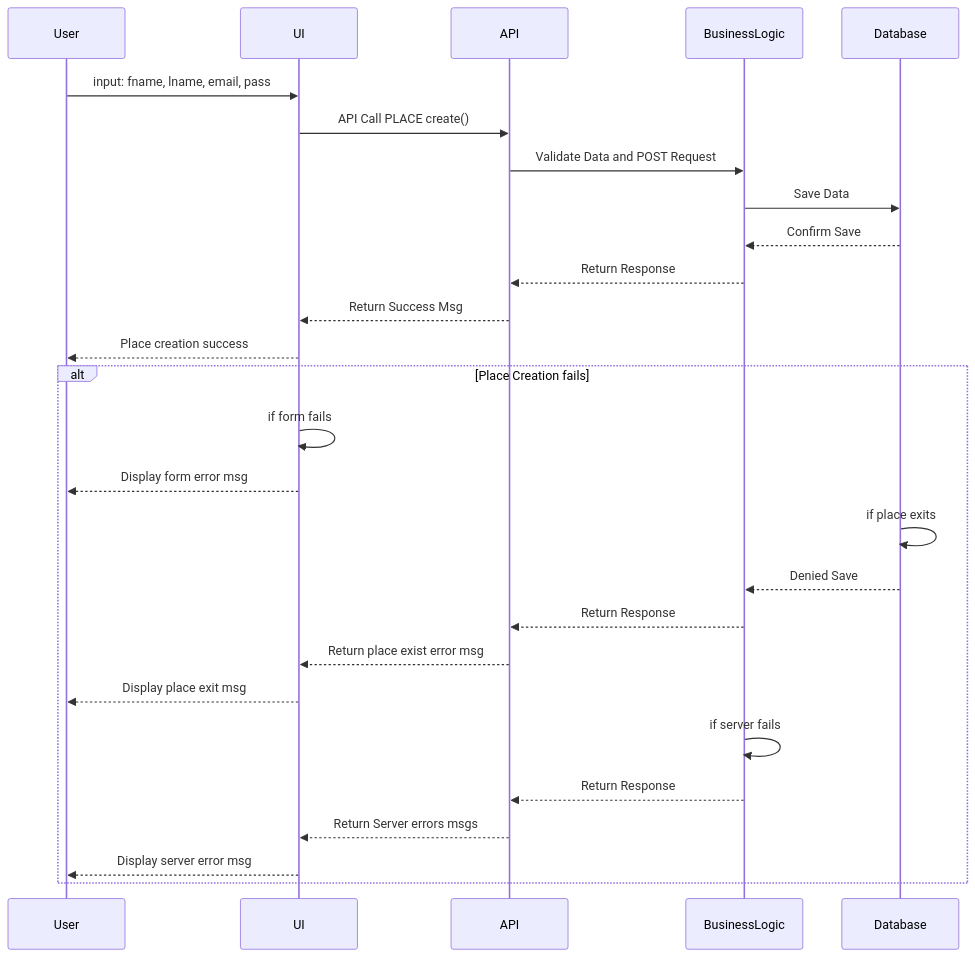
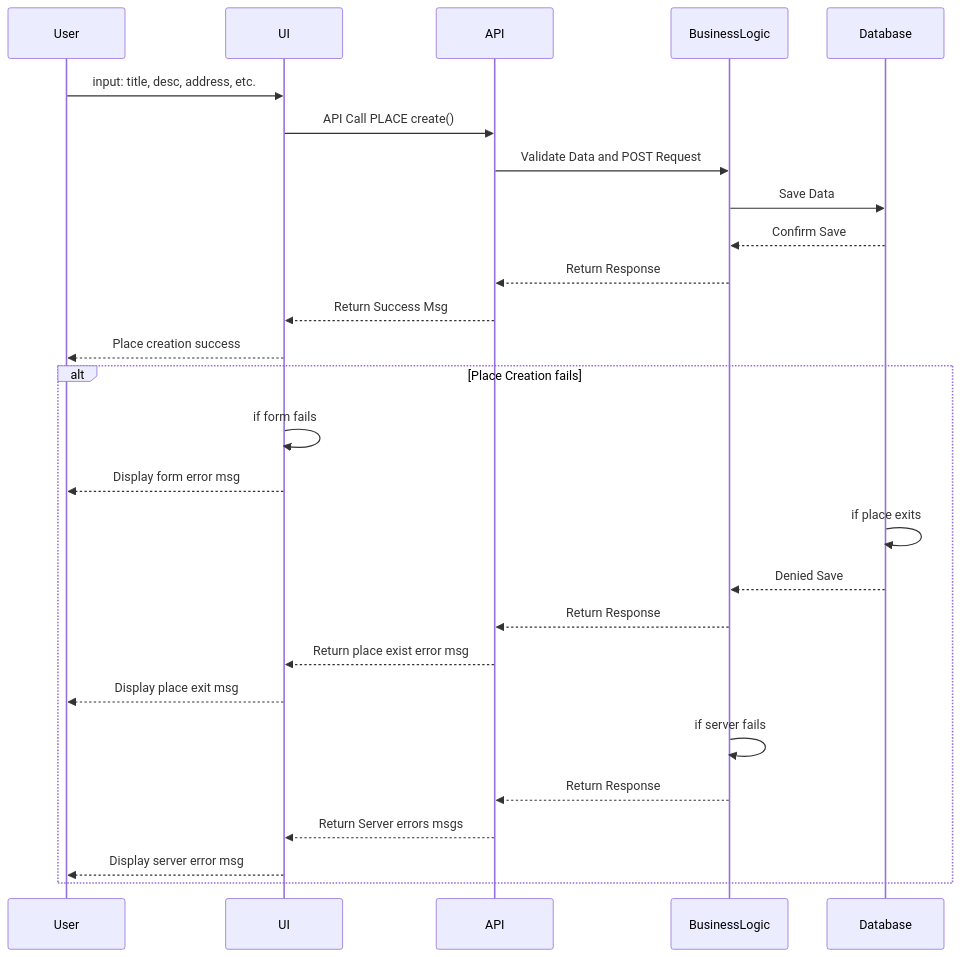
Before and after one commit to JulieRaph/holbertonschool-hbnb: the second of 4 diagrams in part_1/sequence_diagrams.md, drawn with Mermaid.

Commit message:
Fix alt flows

````diff
--- a/part_1/sequence_diagrams.md
+++ b/part_1/sequence_diagrams.md
@@ -40,30 +40,30 @@
 ```mermaid
 sequenceDiagram
   participant User as User
   participant UI as UI
   participant API as API
   participant BusinessLogic as BusinessLogic
   participant Database as Database
 
-  User ->> UI: input: fname, lname, email, pass
+  User ->> UI: input: title, desc, address, etc.
   UI ->> API: API Call PLACE create()
   API ->> BusinessLogic: Validate Data and POST Request
   BusinessLogic ->> Database: Save Data
   Database -->> BusinessLogic: Confirm Save
   BusinessLogic -->> API: Return Response
   API -->> UI: Return Success Msg
   UI -->> User: Place creation success
   alt Place Creation fails
     UI ->> UI: if form fails
     UI -->> User: Display form error msg
     Database ->> Database: if place exits
     Database -->> BusinessLogic: Denied Save
     BusinessLogic -->> API: Return Response
     API -->> UI: Return place exist error msg
     UI -->> User: Display place exit msg
     BusinessLogic ->> BusinessLogic: if server fails
     BusinessLogic -->> API: Return Response
     API -->> UI: Return Server errors msgs
     UI -->> User: Display server error msg
   end
 ```
````
